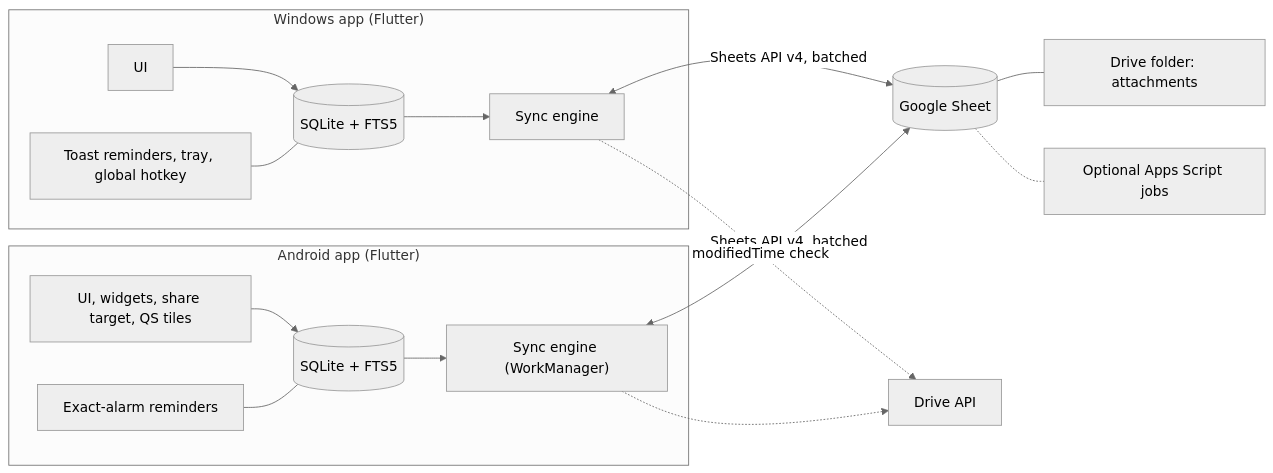
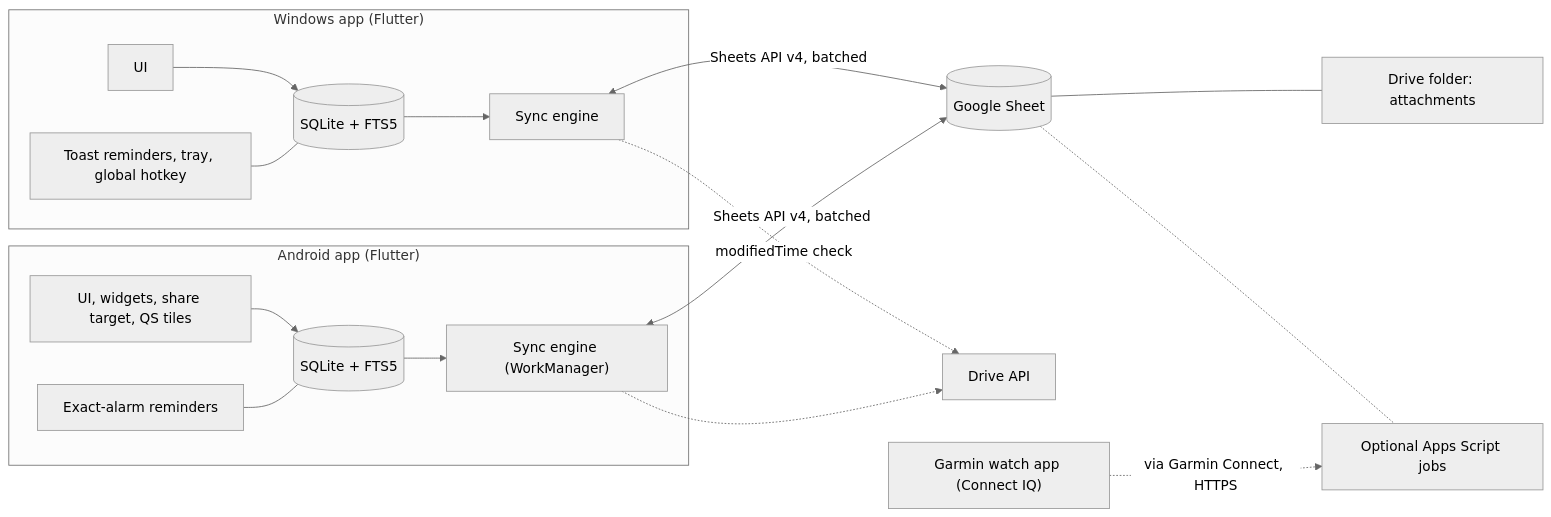
Before and after one commit to lautmat/sheettick: the diagram in docs/architecture.md, drawn with Mermaid (neutral theme). The commit also changed other lines of this file and 24 other files, not shown here.

First line of the commit message:
feat: show today's tasks on a Garmin watch

````diff
--- a/docs/architecture.md
+++ b/docs/architecture.md
@@ -3,19 +3,20 @@
 ```mermaid
 flowchart LR
   subgraph W["Windows app (Flutter)"]
     WU["UI"] --> WD[("SQLite + FTS5")]
     WD --> WS["Sync engine"]
     WN["Toast reminders, tray, global hotkey"] --- WD
   end
   subgraph A["Android app (Flutter)"]
     AU["UI, widgets, share target, QS tiles"] --> AD[("SQLite + FTS5")]
     AD --> AS["Sync engine (WorkManager)"]
     AN["Exact-alarm reminders"] --- AD
   end
   WS <-->|"Sheets API v4, batched"| G[("Google Sheet")]
   AS <-->|"Sheets API v4, batched"| G
   WS -.->|"modifiedTime check"| DR["Drive API"]
   AS -.-> DR
   G --- AT["Drive folder: attachments"]
   G -.- GS["Optional Apps Script jobs"]
+  GW["Garmin watch app (Connect IQ)"] -.->|"via Garmin Connect, HTTPS"| GS
 ```
````
